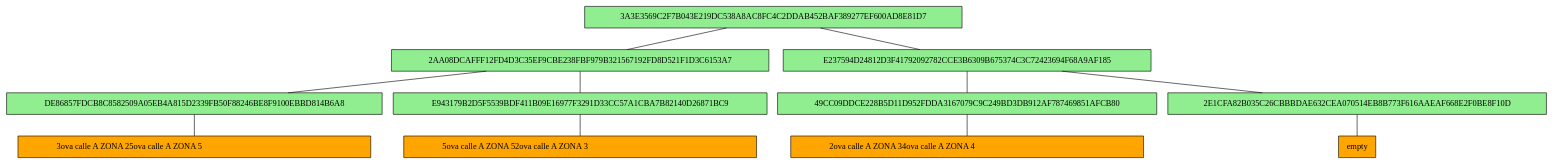
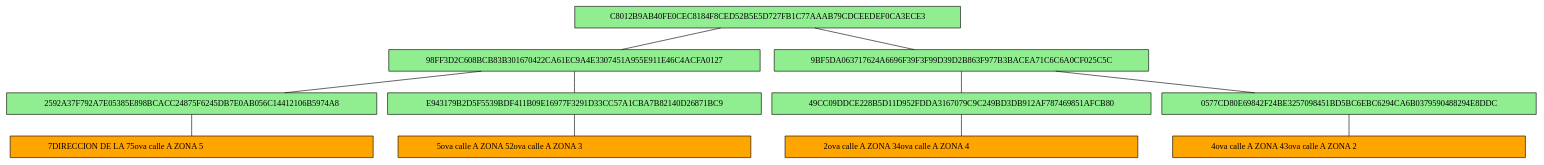
The diagram in FASE3/merkle_graph.dot (nxz7/EDD_PROYECTO-_202200007), drawn with Graphviz before and after one commit. The commit also changed 11 other files, not shown here.

```diff
--- a/FASE3/merkle_graph.dot
+++ b/FASE3/merkle_graph.dot
@@ -1,23 +1,23 @@
 graph{
-     5 [label="3A3E3569C2F7B043E219DC538A8AC8FC4C2DDAB452BAF389277EF600AD8E81D7"shape=rect style=filled fillcolor=lightgreen];
+     5 [label="C8012B9AB40FE0CEC8184F8CED52B5E5D727FB1C77AAAB79CDCEEDEF0CA3ECE3"shape=rect style=filled fillcolor=lightgreen];
      5 --     6;
      5 --     9;
-     6 [label="2AA08DCAFFF12FD4D3C35EF9CBE238FBF979B321567192FD8D521F1D3C6153A7"shape=rect style=filled fillcolor=lightgreen];
+     6 [label="98FF3D2C608BCB83B301670422CA61EC9A4E3307451A955E911E46C4ACFA0127"shape=rect style=filled fillcolor=lightgreen];
      6 --     7;
      6 --     8;
-     7 [label="DE86857FDCB8C8582509A05EB4A815D2339FB50F88246BE8F9100EBBD814B6A8"shape=rect style=filled fillcolor=lightgreen];
-     1 [label="3ova calle A ZONA 25ova calle A ZONA 5                                                              " shape=rect style=filled fillcolor=orange];
+     7 [label="2592A37F792A7E05385E898BCACC24875F6245DB7E0AB056C14412106B5974A8"shape=rect style=filled fillcolor=lightgreen];
+     1 [label="7DIRECCION DE LA 75ova calle A ZONA 5                                                               " shape=rect style=filled fillcolor=orange];
      7 --     1;
      8 [label="E943179B2D5F5539BDF411B09E16977F3291D33CC57A1CBA7B82140D26871BC9"shape=rect style=filled fillcolor=lightgreen];
      2 [label="5ova calle A ZONA 52ova calle A ZONA 3                                                              " shape=rect style=filled fillcolor=orange];
      8 --     2;
-     9 [label="E237594D24812D3F41792092782CCE3B6309B675374C3C72423694F68A9AF185"shape=rect style=filled fillcolor=lightgreen];
+     9 [label="9BF5DA063717624A6696F39F3F99D39D2B863F977B3BACEA71C6C6A0CF025C5C"shape=rect style=filled fillcolor=lightgreen];
      9 --    10;
      9 --    11;
     10 [label="49CC09DDCE228B5D11D952FDDA3167079C9C249BD3DB912AF787469851AFCB80"shape=rect style=filled fillcolor=lightgreen];
      3 [label="2ova calle A ZONA 34ova calle A ZONA 4                                                              " shape=rect style=filled fillcolor=orange];
     10 --     3;
-    11 [label="2E1CFA82B035C26CBBBDAE632CEA070514EB8B773F616AAEAF668E2F0BE8F10D"shape=rect style=filled fillcolor=lightgreen];
-     4 [label="empty" shape=rect style=filled fillcolor=orange];
+    11 [label="0577CD80E69842F24BE3257098451BD5BC6EBC6294CA6B0379590488294E8DDC"shape=rect style=filled fillcolor=lightgreen];
+     4 [label="4ova calle A ZONA 43ova calle A ZONA 2                                                              " shape=rect style=filled fillcolor=orange];
     11 --     4;
 }
```
